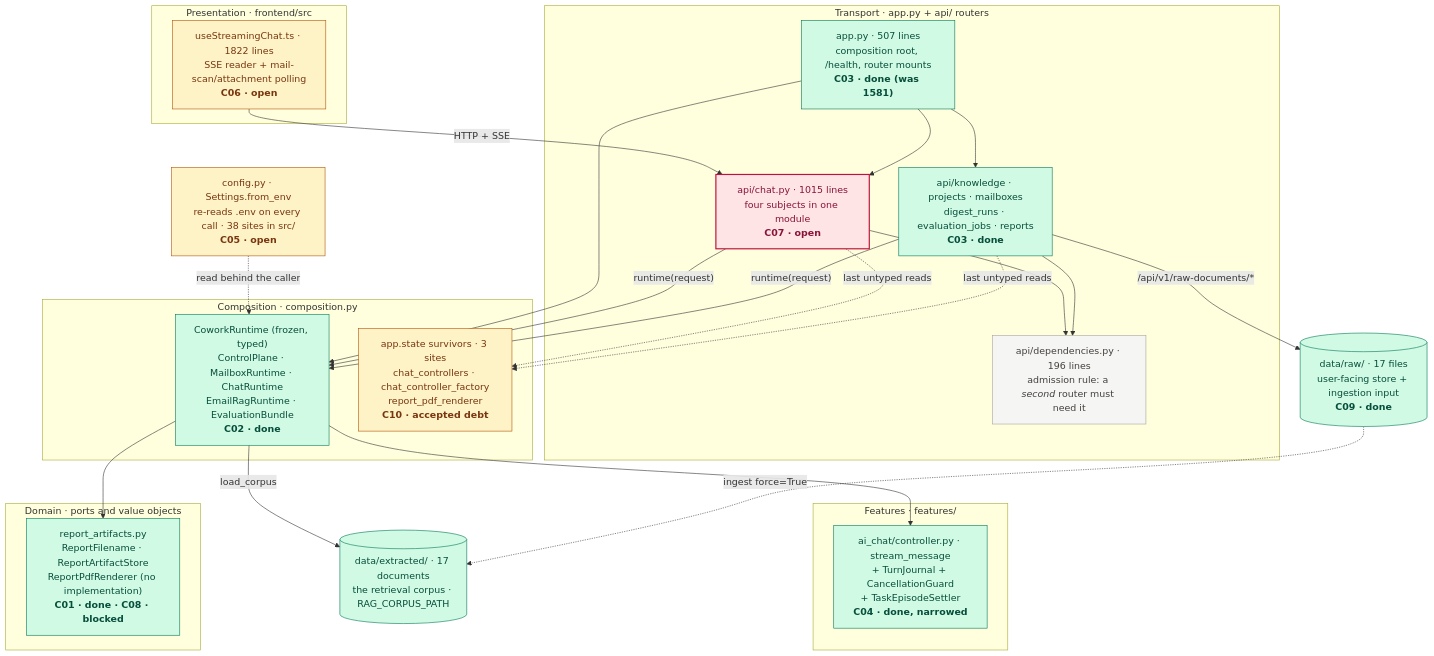
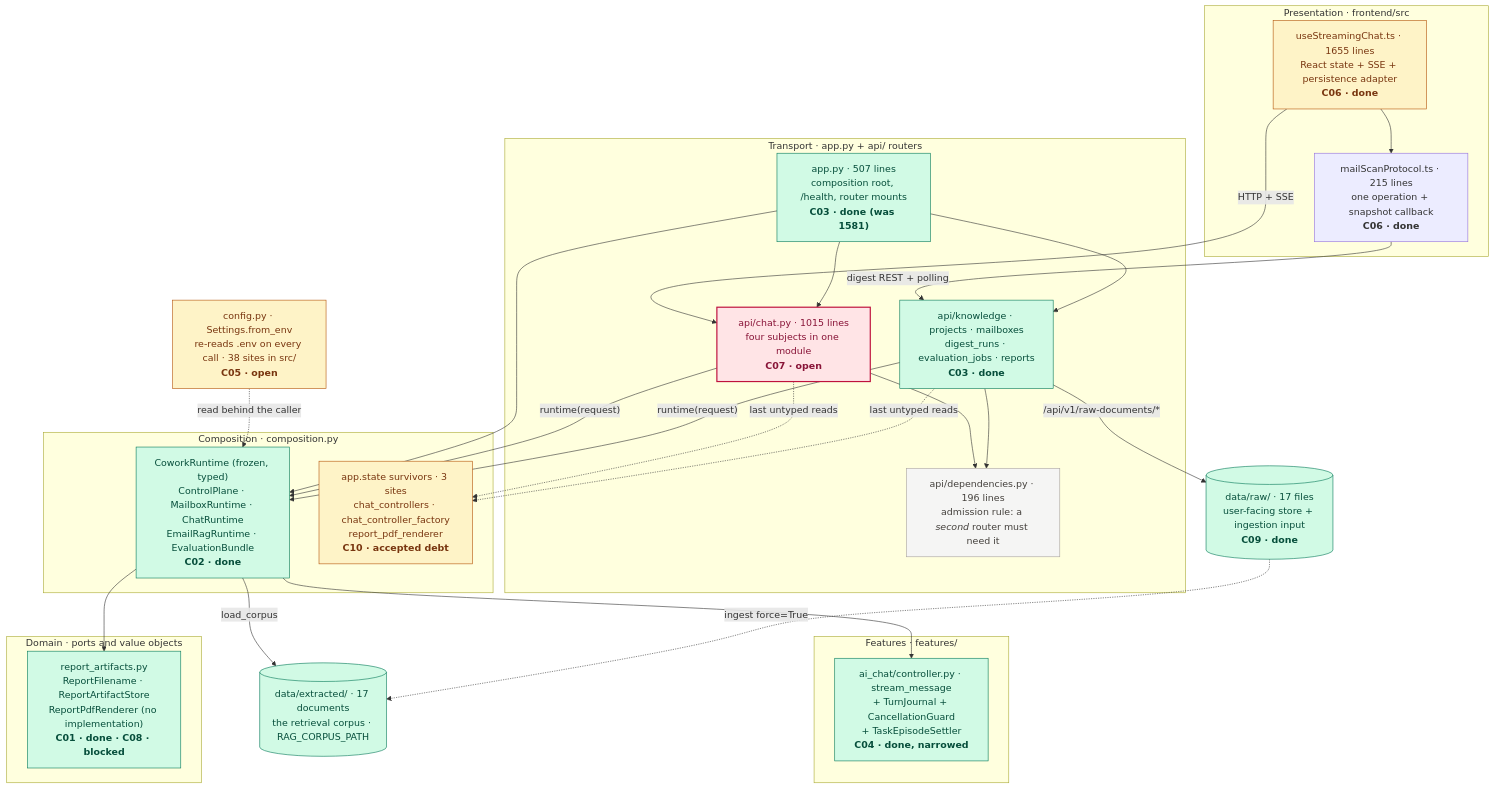
One commit to MathematicGuy/EMAIL-AGENT-v1 changed the first of 5 diagrams in tasks/specs/SPEC-architecture-improvement-program.md. Above: the diagram before and after it, drawn with Mermaid. The commit also changed other lines of this file and 7 other files, not shown here.

Commit message:
refactor(ui): extract mail scan polling protocol

````diff
--- a/tasks/specs/SPEC-architecture-improvement-program.md
+++ b/tasks/specs/SPEC-architecture-improvement-program.md
@@ -59,56 +59,59 @@
 ```mermaid
 flowchart TB
     subgraph PRESENTATION["Presentation · frontend/src"]
-        HOOK["useStreamingChat.ts · 1822 lines<br/>SSE reader + mail-scan/attachment polling<br/><b>C06 · open</b>"]
+        HOOK["useStreamingChat.ts · 1655 lines<br/>React state + SSE + persistence adapter<br/><b>C06 · done</b>"]
+        MAILP["mailScanProtocol.ts · 215 lines<br/>one operation + snapshot callback<br/><b>C06 · done</b>"]
     end
 
     subgraph TRANSPORT["Transport · app.py + api/ routers"]
         APP["app.py · 507 lines<br/>composition root, /health, router mounts<br/><b>C03 · done (was 1581)</b>"]
         CHAT["api/chat.py · 1015 lines<br/>four subjects in one module<br/><b>C07 · open</b>"]
         SIB["api/knowledge · projects · mailboxes<br/>digest_runs · evaluation_jobs · reports<br/><b>C03 · done</b>"]
         DEPS["api/dependencies.py · 196 lines<br/>admission rule: a <i>second</i> router must need it"]
     end
 
     subgraph COMPOSITION["Composition · composition.py"]
         RT["CoworkRuntime (frozen, typed)<br/>ControlPlane · MailboxRuntime · ChatRuntime<br/>EmailRagRuntime · EvaluationBundle<br/><b>C02 · done</b>"]
         SURV["app.state survivors · 3 sites<br/>chat_controllers · chat_controller_factory<br/>report_pdf_renderer<br/><b>C10 · accepted debt</b>"]
     end
 
     subgraph FEATURES["Features · features/"]
         CTRL["ai_chat/controller.py · stream_message<br/>+ TurnJournal + CancellationGuard<br/>+ TaskEpisodeSettler<br/><b>C04 · done, narrowed</b>"]
     end
 
     subgraph DOMAIN["Domain · ports and value objects"]
         RA["report_artifacts.py<br/>ReportFilename · ReportArtifactStore<br/>ReportPdfRenderer (no implementation)<br/><b>C01 · done · C08 · blocked</b>"]
     end
 
     CFG["config.py · Settings.from_env<br/>re-reads .env on every call · 38 sites in src/<br/><b>C05 · open</b>"]
     CORPUS[("data/extracted/ · 17 documents<br/>the retrieval corpus · RAG_CORPUS_PATH")]
     RAWDIR[("data/raw/ · 17 files<br/>user-facing store + ingestion input<br/><b>C09 · done</b>")]
 
     HOOK -->|"HTTP + SSE"| CHAT
+    HOOK --> MAILP
+    MAILP -->|"digest REST + polling"| SIB
     APP --> CHAT
     APP --> SIB
     CHAT --> DEPS
     SIB --> DEPS
     APP --> RT
     CHAT -->|"runtime(request)"| RT
     SIB -->|"runtime(request)"| RT
     RT --> CTRL
     RT --> RA
     RT -->|"load_corpus"| CORPUS
     SIB -->|"/api/v1/raw-documents/*"| RAWDIR
     RAWDIR -. "ingest force=True" .-> CORPUS
     CHAT -. "last untyped reads" .-> SURV
     SIB -. "last untyped reads" .-> SURV
     CFG -. "read behind the caller" .-> RT
 
     classDef done fill:#d1fae5,stroke:#047857,color:#064e3b;
     classDef open fill:#fef3c7,stroke:#b45309,color:#78350f;
     classDef outlier fill:#ffe4e6,stroke:#be123c,color:#881337,stroke-width:2px;
     classDef plain fill:#f5f5f4,stroke:#a8a29e,color:#44403c;
     class APP,SIB,RT,CTRL,RA,CORPUS,RAWDIR done;
     class HOOK,CFG,SURV open;
     class CHAT outlier;
     class DEPS plain;
 ```
````
